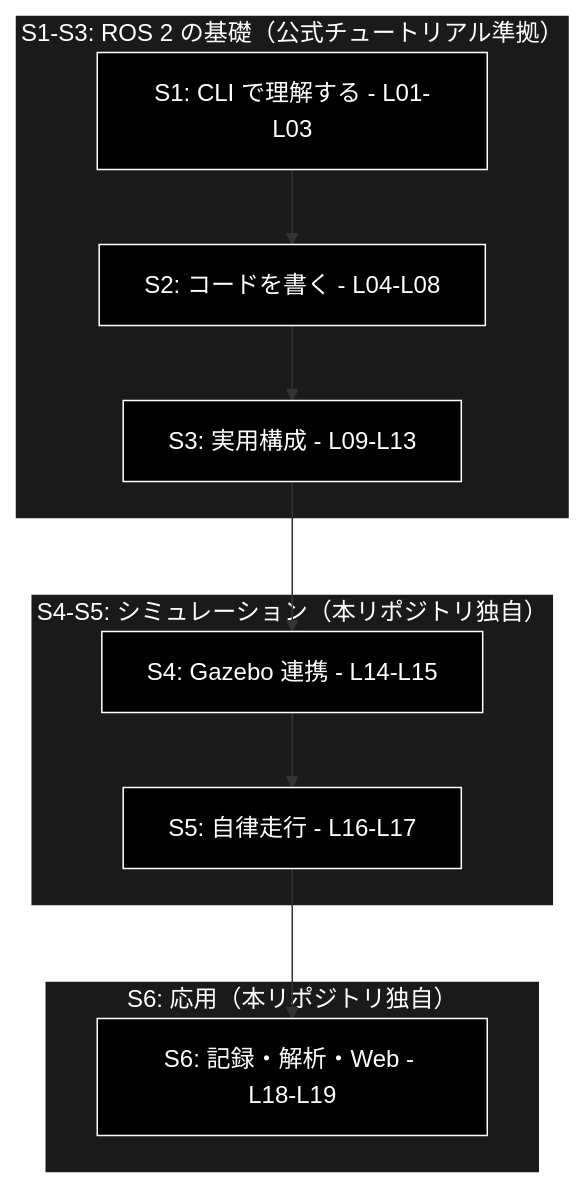
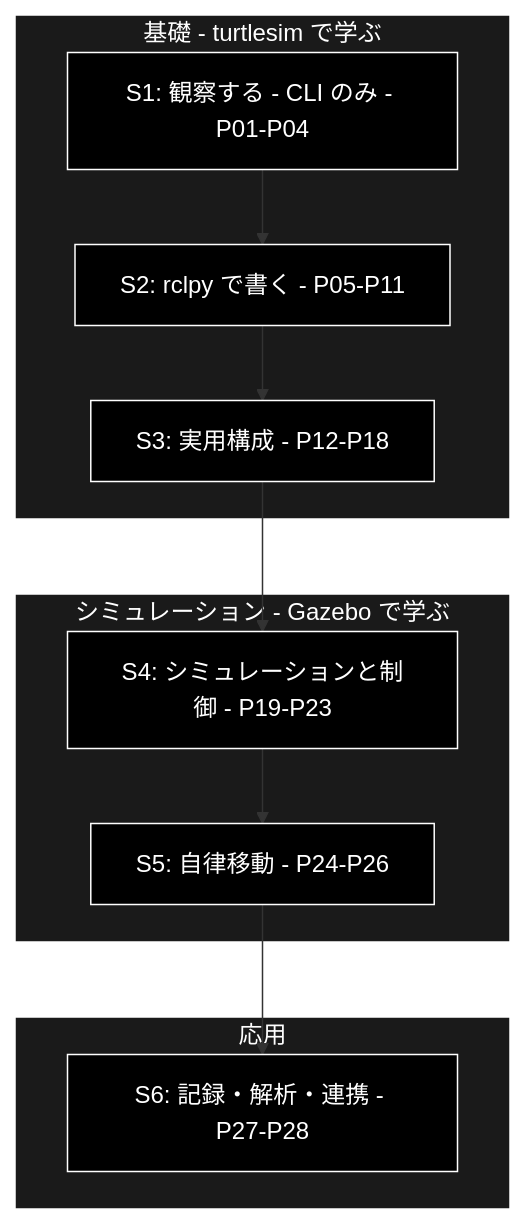
The first of 3 diagrams in docs/learning_plan.md (nakashima2toshio/sim_ros2_v1), drawn with Mermaid before and after one commit. The commit also changed other lines of this file and 2 other files, not shown here.

````diff
--- a/docs/learning_plan.md
+++ b/docs/learning_plan.md
@@ -69,22 +236,22 @@
 ```mermaid
 flowchart TB
-    subgraph Basic["S1-S3: ROS 2 の基礎（公式チュートリアル準拠）"]
-        S1["S1: CLI で理解する - L01-L03"]
-        S2["S2: コードを書く - L04-L08"]
-        S3["S3: 実用構成 - L09-L13"]
+    subgraph Base["基礎 - turtlesim で学ぶ"]
+        S1["S1: 観察する - CLI のみ - P01-P04"]
+        S2["S2: rclpy で書く - P05-P11"]
+        S3["S3: 実用構成 - P12-P18"]
     end
-    subgraph Sim["S4-S5: シミュレーション（本リポジトリ独自）"]
-        S4["S4: Gazebo 連携 - L14-L15"]
-        S5["S5: 自律走行 - L16-L17"]
+    subgraph Sim["シミュレーション - Gazebo で学ぶ"]
+        S4["S4: シミュレーションと制御 - P19-P23"]
+        S5["S5: 自律移動 - P24-P26"]
     end
-    subgraph App["S6: 応用（本リポジトリ独自）"]
-        S6["S6: 記録・解析・Web - L18-L19"]
+    subgraph App["応用"]
+        S6["S6: 記録・解析・連携 - P27-P28"]
     end
     S1 --> S2 --> S3 --> S4 --> S5 --> S6
 classDef default fill:#000,stroke:#fff,color:#fff
 classDef subgraphStyle fill:#1a1a1a,stroke:#fff,color:#fff
 class S1,S2,S3,S4,S5,S6 default
-style Basic fill:#1a1a1a,stroke:#fff,color:#fff
+style Base fill:#1a1a1a,stroke:#fff,color:#fff
 style Sim fill:#1a1a1a,stroke:#fff,color:#fff
 style App fill:#1a1a1a,stroke:#fff,color:#fff
 ```
````
